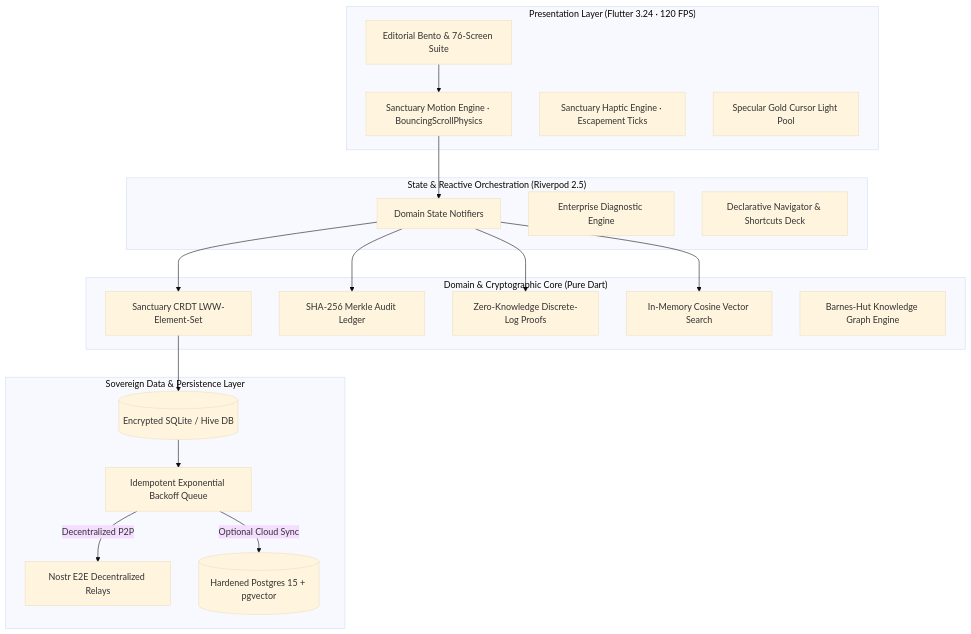
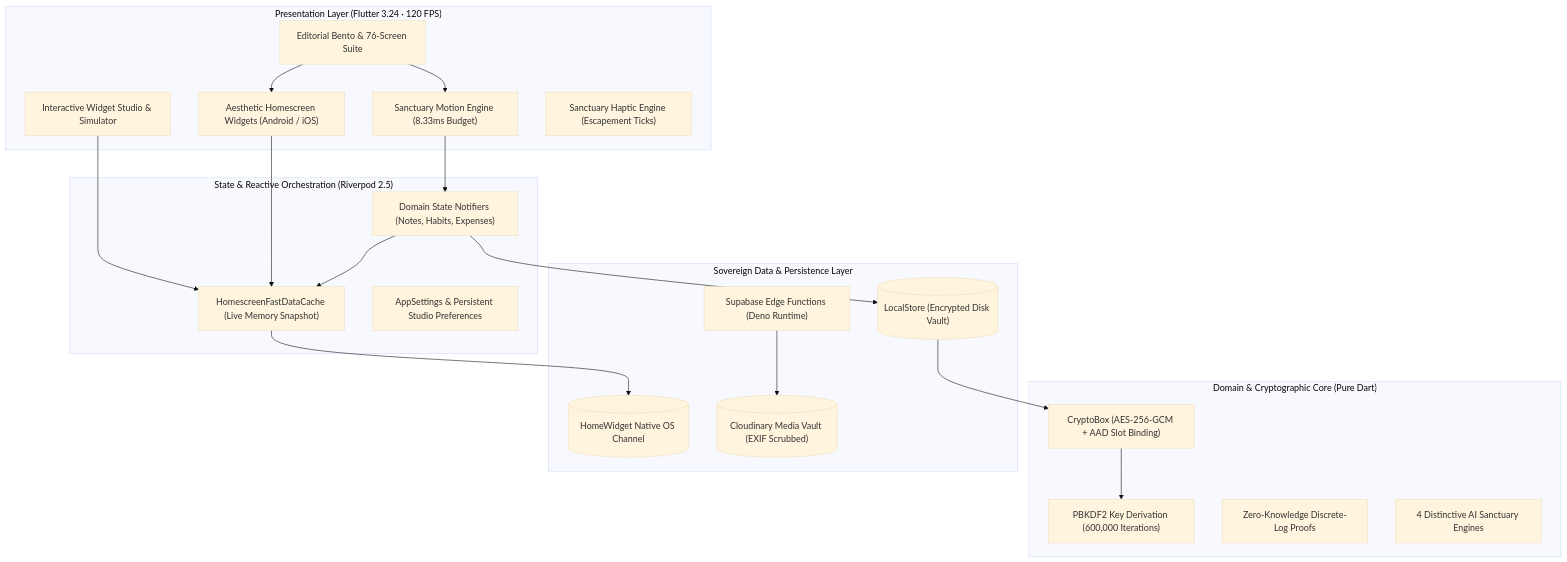
The second of 2 diagrams in README.md (Allen73737/NOTtEodo), drawn with Mermaid (base theme) before and after one commit. The commit also changed other lines of this file, not shown here.

Commit message:
docs: overhaul README with executive abstract, aesthetic homescreen widgets, and sovereign architecture

````diff
--- a/README.md
+++ b/README.md
@@ -397,41 +560,42 @@
 ```mermaid
 flowchart TB
     subgraph PRESENTATION["Presentation Layer (Flutter 3.24 · 120 FPS)"]
-        UI[Editorial Bento & 76-Screen Suite]
-        MOTION[Sanctuary Motion Engine · BouncingScrollPhysics]
-        HAPTIC[Sanctuary Haptic Engine · Escapement Ticks]
-        CURSOR[Specular Gold Cursor Light Pool]
+        UI["Editorial Bento & 76-Screen Suite"]
+        WIDGETS["Aesthetic Homescreen Widgets (Android / iOS)"]
+        STUDIO["Interactive Widget Studio & Simulator"]
+        MOTION["Sanctuary Motion Engine (8.33ms Budget)"]
+        HAPTIC["Sanctuary Haptic Engine (Escapement Ticks)"]
     end
 
     subgraph STATE["State & Reactive Orchestration (Riverpod 2.5)"]
-        NOTIFIERS[Domain State Notifiers]
-        DIAGNOSTICS[Enterprise Diagnostic Engine]
-        ROUTER[Declarative Navigator & Shortcuts Deck]
+        NOTIFIERS["Domain State Notifiers (Notes, Habits, Expenses)"]
+        FAST_CACHE["HomescreenFastDataCache (Live Memory Snapshot)"]
+        SETTINGS["AppSettings & Persistent Studio Preferences"]
     end
 
     subgraph DOMAIN["Domain & Cryptographic Core (Pure Dart)"]
-        CRDT[Sanctuary CRDT LWW-Element-Set]
-        MERKLE[SHA-256 Merkle Audit Ledger]
-        ZKP[Zero-Knowledge Discrete-Log Proofs]
-        VECTOR[In-Memory Cosine Vector Search]
-        GRAPH[Barnes-Hut Knowledge Graph Engine]
+        CRYPTO["CryptoBox (AES-256-GCM + AAD Slot Binding)"]
+        PBKDF2["PBKDF2 Key Derivation (600,000 Iterations)"]
+        ZKP["Zero-Knowledge Discrete-Log Proofs"]
+        AI_ENGINE["4 Distinctive AI Sanctuary Engines"]
     end
 
     subgraph DATA["Sovereign Data & Persistence Layer"]
-        LOCAL_SQL[(Encrypted SQLite / Hive DB)]
-        SYNC_QUEUE[Idempotent Exponential Backoff Queue]
-        NOSTR[Nostr E2E Decentralized Relays]
-        SUPABASE[(Hardened Postgres 15 + pgvector)]
+        LOCAL_VAULT[("LocalStore (Encrypted Disk Vault)")]
+        HOME_WIDGET[("HomeWidget Native OS Channel")]
+        EDGE_FUNCTIONS["Supabase Edge Functions (Deno Runtime)"]
+        CLOUDINARY[("Cloudinary Media Vault (EXIF Scrubbed)")]
     end
 
     UI --> MOTION
+    UI --> WIDGETS
+    STUDIO --> FAST_CACHE
+    WIDGETS --> FAST_CACHE
+    FAST_CACHE --> HOME_WIDGET
     MOTION --> NOTIFIERS
-    NOTIFIERS --> CRDT
-    NOTIFIERS --> MERKLE
-    NOTIFIERS --> ZKP
-    NOTIFIERS --> VECTOR
-    CRDT --> LOCAL_SQL
-    LOCAL_SQL --> SYNC_QUEUE
-    SYNC_QUEUE -->|Optional Cloud Sync| SUPABASE
-    SYNC_QUEUE -->|Decentralized P2P| NOSTR
+    NOTIFIERS --> FAST_CACHE
+    NOTIFIERS --> LOCAL_VAULT
+    LOCAL_VAULT --> CRYPTO
+    CRYPTO --> PBKDF2
+    EDGE_FUNCTIONS --> CLOUDINARY
 ```
````
